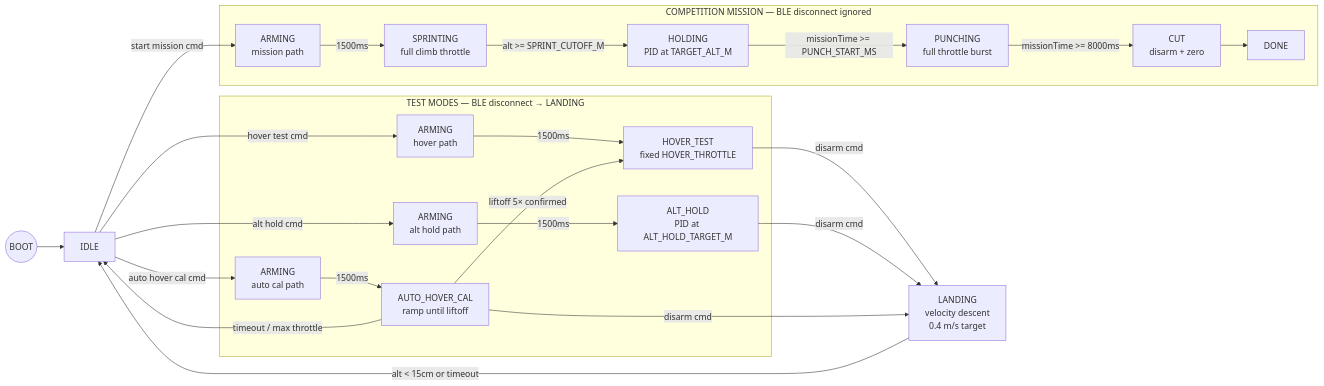
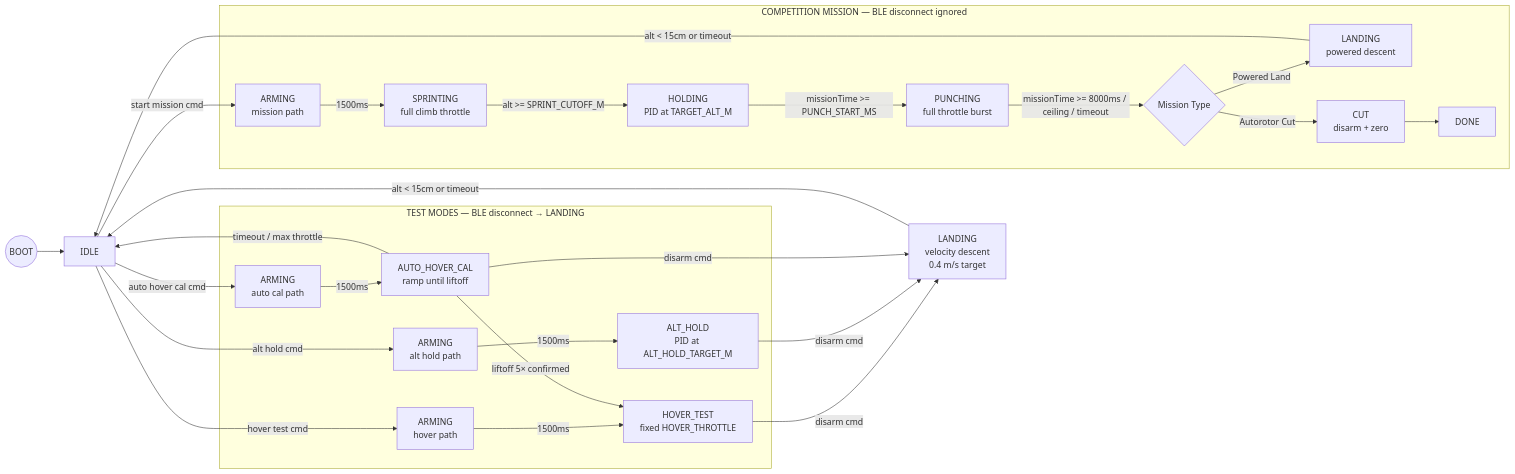
One commit to RyanHailey21/esp32_drone changed the first of 2 diagrams in README.md. Above: the diagram before and after it, drawn with Mermaid. The commit also changed other lines of this file and 14 other files, not shown here.

Commit message:
Updated UI to light theme and judge view. Exposed Mission powered landing and unpowered landing via bluetooth intead of compile flag

````diff
--- a/README.md
+++ b/README.md
@@ -168,47 +168,52 @@
 ```mermaid
 flowchart LR
     BOOT(("BOOT")) --> IDLE
 
     IDLE -->|hover test cmd| ARMING_HT
     IDLE -->|auto hover cal cmd| ARMING_AC
     IDLE -->|alt hold cmd| ARMING_AH
     IDLE -->|start mission cmd| ARMING_M
 
     subgraph TEST["TEST MODES  —  BLE disconnect → LANDING"]
         ARMING_HT["ARMING\nhover path"]
         ARMING_AC["ARMING\nauto cal path"]
         ARMING_AH["ARMING\nalt hold path"]
         HOVER_TEST["HOVER_TEST\nfixed HOVER_THROTTLE"]
         AUTO_HOVER_CAL["AUTO_HOVER_CAL\nramp until liftoff"]
         ALT_HOLD["ALT_HOLD\nPID at ALT_HOLD_TARGET_M"]
     end
 
     subgraph MISSION["COMPETITION MISSION  —  BLE disconnect ignored"]
         ARMING_M["ARMING\nmission path"]
         SPRINTING["SPRINTING\nfull climb throttle"]
         HOLDING["HOLDING\nPID at TARGET_ALT_M"]
         PUNCHING["PUNCHING\nfull throttle burst"]
+        MEND{"Mission Type"}
+        MLAND["LANDING\npowered descent"]
         CUT["CUT\ndisarm + zero"]
         DONE["DONE"]
     end
 
     LANDING["LANDING\nvelocity descent\n0.4 m/s target"]
 
     ARMING_HT -->|1500ms| HOVER_TEST
     ARMING_AC -->|1500ms| AUTO_HOVER_CAL
     ARMING_AH -->|1500ms| ALT_HOLD
     ARMING_M  -->|1500ms| SPRINTING
 
     AUTO_HOVER_CAL -->|liftoff 5× confirmed| HOVER_TEST
     AUTO_HOVER_CAL -->|timeout / max throttle| IDLE
 
     SPRINTING -->|alt >= SPRINT_CUTOFF_M| HOLDING
     HOLDING   -->|missionTime >= PUNCH_START_MS| PUNCHING
-    PUNCHING  -->|missionTime >= 8000ms| CUT
+    PUNCHING  -->|missionTime >= 8000ms / ceiling / timeout| MEND
+    MEND -->|Powered Land| MLAND
+    MEND -->|Autorotor Cut| CUT
+    MLAND -->|alt < 15cm or timeout| IDLE
     CUT --> DONE
 
     HOVER_TEST  -->|disarm cmd| LANDING
     ALT_HOLD    -->|disarm cmd| LANDING
     AUTO_HOVER_CAL -->|disarm cmd| LANDING
     LANDING -->|alt < 15cm or timeout| IDLE
 ```
````
